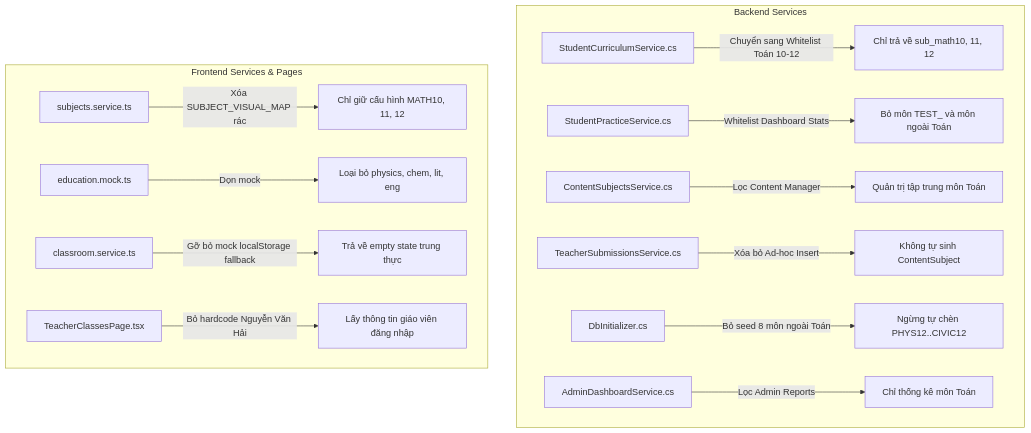
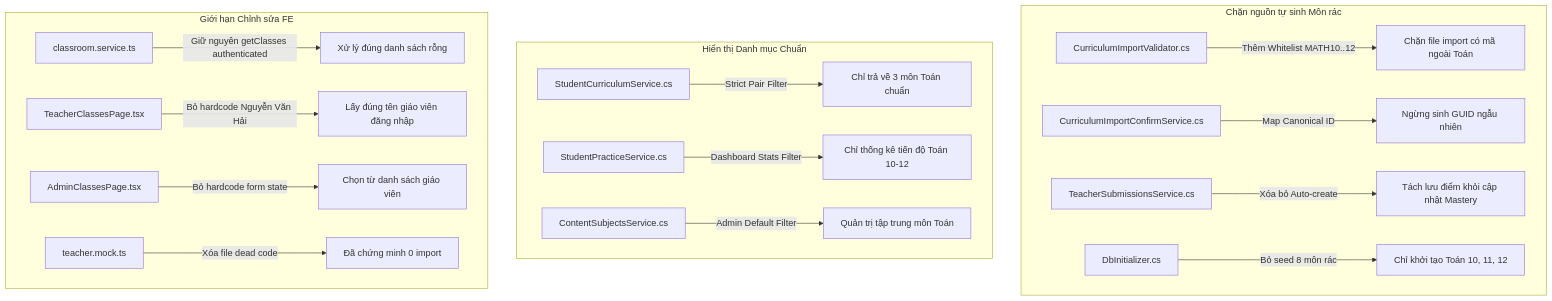
One commit to hthuyngan/STUDY_AI- changed the first of 2 diagrams in docs/plans/MATH_ONLY_CURRICULUM_CLEANUP_PLAN.md. Above: the diagram before and after it, drawn with Mermaid. The commit also changed other lines of this file and 2 other files, not shown here.

Commit message:
docs(curriculum): correct Math 10-12 cleanup plan with strict pairs, ingress prevention and safe SQL rehearsal

````diff
--- a/docs/plans/MATH_ONLY_CURRICULUM_CLEANUP_PLAN.md
+++ b/docs/plans/MATH_ONLY_CURRICULUM_CLEANUP_PLAN.md
@@ -36,18 +38,22 @@
 ```mermaid
 graph TD
-    subgraph Backend Services
-        A["StudentCurriculumService.cs"] -->|Chuyển sang Whitelist Toán 10-12| W1["Chỉ trả về sub_math10, 11, 12"]
-        B["StudentPracticeService.cs"] -->|Whitelist Dashboard Stats| W2["Bỏ môn TEST_ và môn ngoài Toán"]
-        C["ContentSubjectsService.cs"] -->|Lọc Content Manager| W3["Quản trị tập trung môn Toán"]
-        D["TeacherSubmissionsService.cs"] -->|Xóa bỏ Ad-hoc Insert| W4["Không tự sinh ContentSubject"]
-        E["DbInitializer.cs"] -->|Bỏ seed 8 môn ngoài Toán| W5["Ngừng tự chèn PHYS12..CIVIC12"]
-        F["AdminDashboardService.cs"] -->|Lọc Admin Reports| W6["Chỉ thống kê môn Toán"]
+    subgraph IngressPrevention [Chặn nguồn tự sinh Môn rác]
+        V1["CurriculumImportValidator.cs"] -->|Thêm Whitelist MATH10..12| B1["Chặn file import có mã ngoài Toán"]
+        V2["CurriculumImportConfirmService.cs"] -->|Map Canonical ID| B2["Ngừng sinh GUID ngẫu nhiên"]
+        V3["TeacherSubmissionsService.cs"] -->|Xóa bỏ Auto-create| B3["Tách lưu điểm khỏi cập nhật Mastery"]
+        V4["DbInitializer.cs"] -->|Bỏ seed 8 môn rác| B4["Chỉ khởi tạo Toán 10, 11, 12"]
     end
 
-    subgraph Frontend Services & Pages
-        G["subjects.service.ts"] -->|Xóa SUBJECT_VISUAL_MAP rác| M1["Chỉ giữ cấu hình MATH10, 11, 12"]
-        H["education.mock.ts"] -->|Dọn mock| M2["Loại bỏ physics, chem, lit, eng"]
-        I["classroom.service.ts"] -->|Gỡ bỏ mock localStorage fallback| M3["Trả về empty state trung thực"]
-        J["TeacherClassesPage.tsx"] -->|Bỏ hardcode Nguyễn Văn Hải| M4["Lấy thông tin giáo viên đăng nhập"]
+    subgraph PresentationWhitelisting [Hiển thị Danh mục Chuẩn]
+        P1["StudentCurriculumService.cs"] -->|Strict Pair Filter| D1["Chỉ trả về 3 môn Toán chuẩn"]
+        P2["StudentPracticeService.cs"] -->|Dashboard Stats Filter| D2["Chỉ thống kê tiến độ Toán 10-12"]
+        P3["ContentSubjectsService.cs"] -->|Admin Default Filter| D3["Quản trị tập trung môn Toán"]
+    end
+
+    subgraph TargetedFrontendPolish [Giới hạn Chỉnh sửa FE]
+        F1["classroom.service.ts"] -->|Giữ nguyên getClasses authenticated| FE1["Xử lý đúng danh sách rỗng"]
+        F2["TeacherClassesPage.tsx"] -->|Bỏ hardcode Nguyễn Văn Hải| FE2["Lấy đúng tên giáo viên đăng nhập"]
+        F3["AdminClassesPage.tsx"] -->|Bỏ hardcode form state| FE3["Chọn từ danh sách giáo viên"]
+        F4["teacher.mock.ts"] -->|Xóa file dead code| FE4["Đã chứng minh 0 import"]
     end
 ```
````
